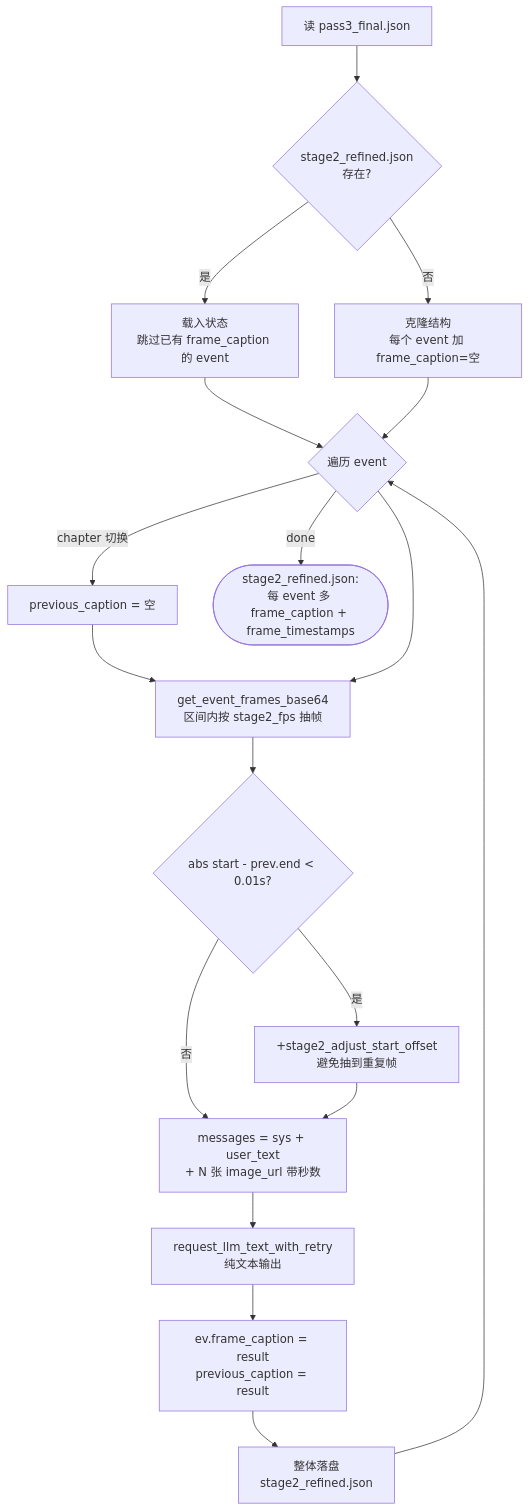
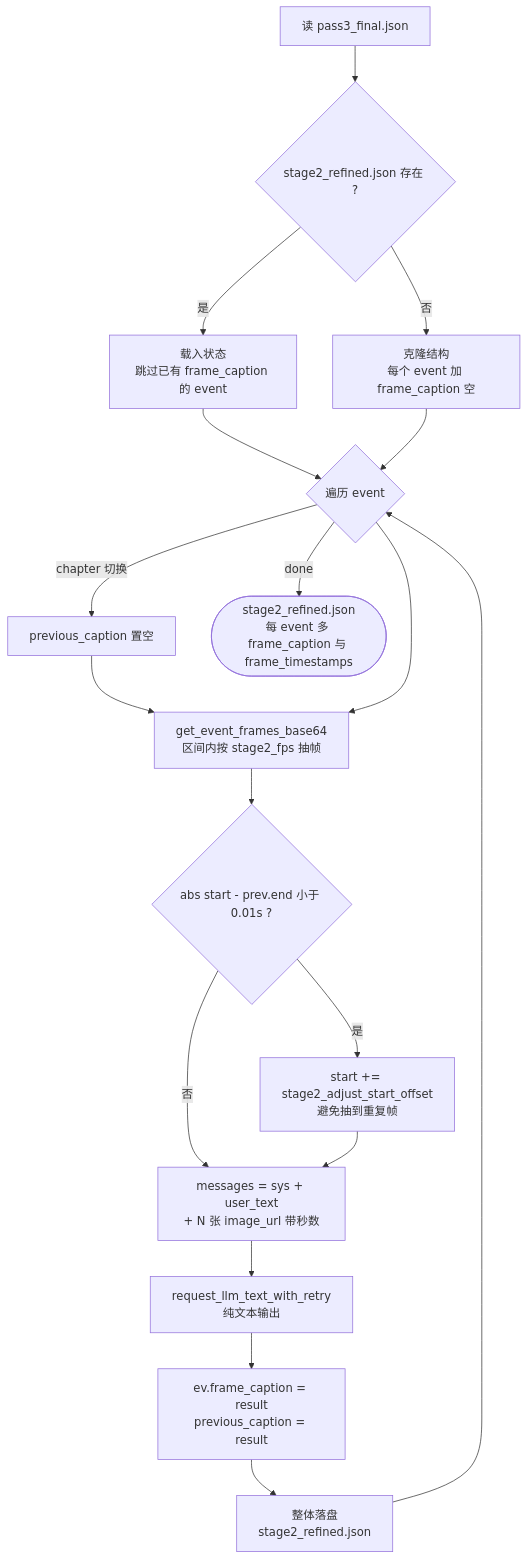
Before and after one commit to warmheartHoward/LongVideoCaption: the fourth of 4 diagrams in README.md, drawn with Mermaid. The commit also changed other lines of this file, not shown here.

````diff
--- a/README.md
+++ b/README.md
@@ -149,25 +150,24 @@
 ```mermaid
 flowchart TB
-    Start[读 pass3_final.json] --> Exists{stage2_refined.json<br/>存在?}
-    Exists -->|是| Resume[载入状态<br/>跳过已有 frame_caption 的 event]
-    Exists -->|否| Clone[克隆结构<br/>每个 event 加 frame_caption=空]
+    Start["读 pass3_final.json"] --> Exists{"stage2_refined.json 存在 ?"}
+    Exists -->|"是"| Resume["载入状态<br/>跳过已有 frame_caption 的 event"]
+    Exists -->|"否"| Clone["克隆结构<br/>每个 event 加 frame_caption 空"]
 
-    Resume & Clone --> Loop{遍历 event}
-    Loop -->|chapter 切换| Reset[previous_caption = 空]
-    Reset --> ExtFrames
+    Resume --> Loop{"遍历 event"}
+    Clone --> Loop
+    Loop -->|"chapter 切换"| Reset["previous_caption 置空"]
+    Reset --> ExtFrames["get_event_frames_base64<br/>区间内按 stage2_fps 抽帧"]
     Loop --> ExtFrames
 
-    ExtFrames[get_event_frames_base64<br/>区间内按 stage2_fps 抽帧]
-    ExtFrames --> AdjStart{abs start - prev.end < 0.01s?}
-    AdjStart -->|是| Shift[+stage2_adjust_start_offset<br/>避免抽到重复帧]
-    AdjStart -->|否| BuildMsg
+    ExtFrames --> AdjStart{"abs start - prev.end 小于 0.01s ?"}
+    AdjStart -->|"是"| Shift["start += stage2_adjust_start_offset<br/>避免抽到重复帧"]
+    AdjStart -->|"否"| BuildMsg["messages = sys + user_text<br/>+ N 张 image_url 带秒数"]
     Shift --> BuildMsg
 
-    BuildMsg[messages = sys + user_text<br/>+ N 张 image_url 带秒数]
-    BuildMsg --> CallVL[request_llm_text_with_retry<br/>纯文本输出]
-    CallVL --> Update[ev.frame_caption = result<br/>previous_caption = result]
-    Update --> Persist[整体落盘<br/>stage2_refined.json]
+    BuildMsg --> CallVL["request_llm_text_with_retry<br/>纯文本输出"]
+    CallVL --> Update["ev.frame_caption = result<br/>previous_caption = result"]
+    Update --> Persist["整体落盘<br/>stage2_refined.json"]
     Persist --> Loop
 
-    Loop -->|done| End([stage2_refined.json:<br/>每 event 多 frame_caption + frame_timestamps])
+    Loop -->|"done"| End(["stage2_refined.json<br/>每 event 多 frame_caption 与 frame_timestamps"])
 ```
````
